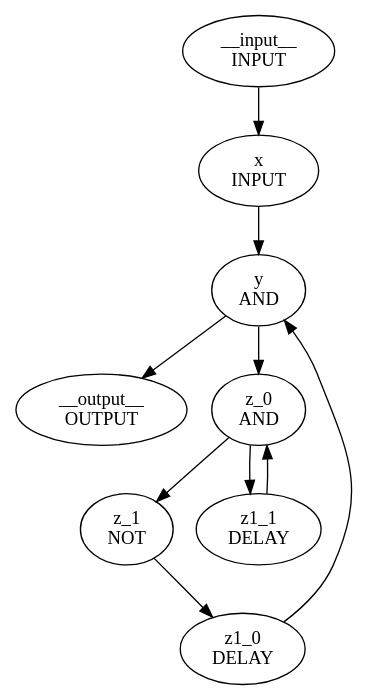
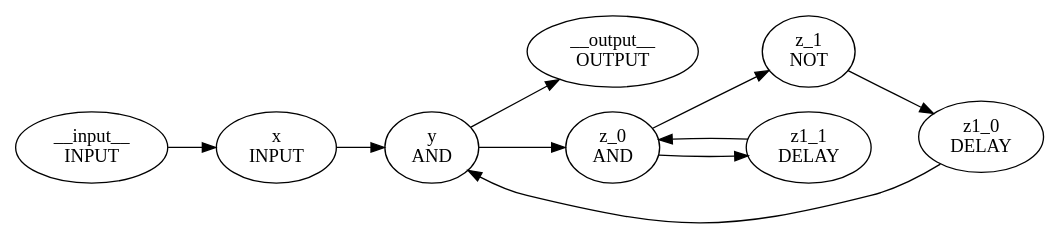
Before and after one commit to APodlinny/Ouroboros: the diagram in c17.dot, drawn with Graphviz. The commit also changed 15 other files, not shown here.

First line of the commit message:
Some fixes for graph generation

```diff
--- a/c17.dot
+++ b/c17.dot
@@ -1,11 +1,12 @@
 digraph " test with simple recursion" {
+rankdir = LR
 "__input__\nINPUT" -> "x\nINPUT";
 "y\nAND" -> "__output__\nOUTPUT";
 "x\nINPUT" -> "y\nAND";
 "z1_0\nDELAY" -> "y\nAND";
 "z_1\nNOT" -> "z1_0\nDELAY";
 "z_0\nAND" -> "z_1\nNOT";
 "y\nAND" -> "z_0\nAND";
 "z1_1\nDELAY" -> "z_0\nAND";
 "z_0\nAND" -> "z1_1\nDELAY";
 }
```
